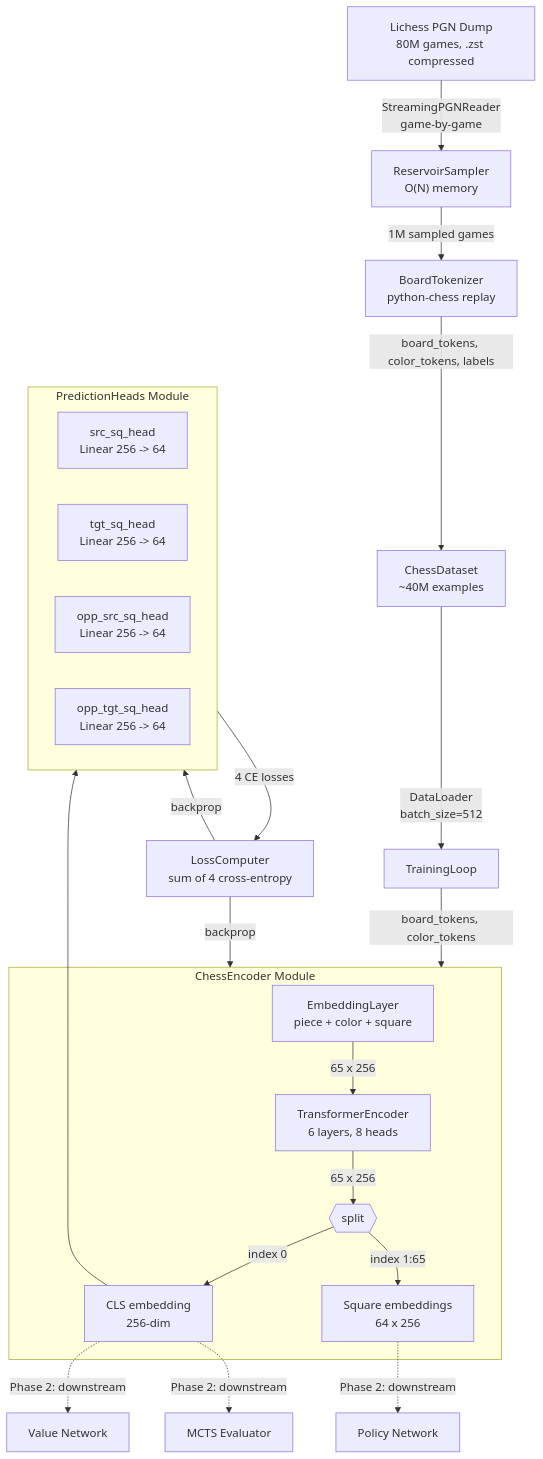
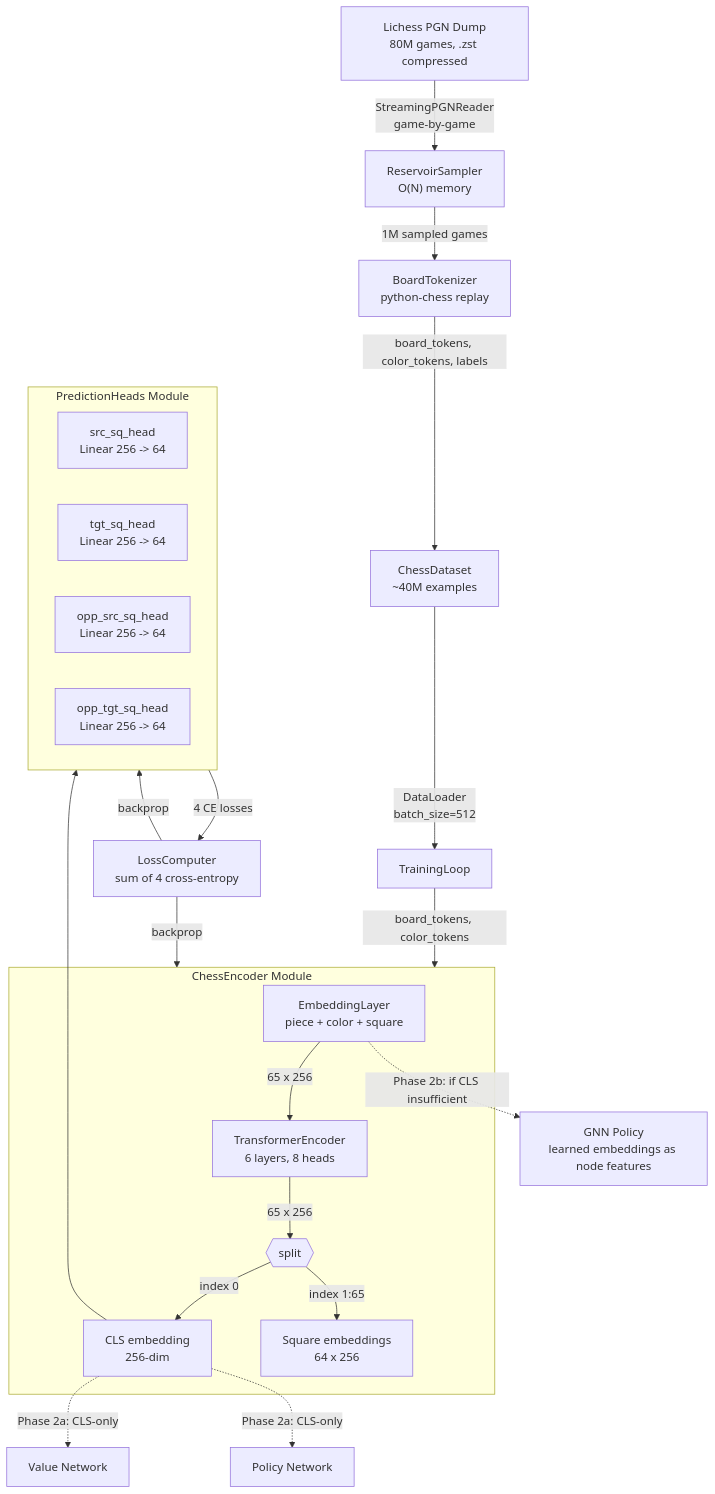
The first of 6 diagrams in chess_encoder_final_design.md (sombersomni/chess-policy-agent), drawn with Mermaid before and after one commit. The commit also changed other lines of this file, not shown here.

````diff
--- a/chess_encoder_final_design.md
+++ b/chess_encoder_final_design.md
@@ -30,33 +30,33 @@
 ```mermaid
 flowchart TD
     PGN["Lichess PGN Dump<br/>80M games, .zst compressed"] -->|"StreamingPGNReader<br/>game-by-game"| RS["ReservoirSampler<br/>O(N) memory"]
     RS -->|"1M sampled games"| REPLAY["BoardTokenizer<br/>python-chess replay"]
     REPLAY -->|"board_tokens, color_tokens, labels"| DS["ChessDataset<br/>~40M examples"]
     DS -->|"DataLoader<br/>batch_size=512"| TRAIN["TrainingLoop"]
 
     subgraph ENCODER["ChessEncoder Module"]
         EMB["EmbeddingLayer<br/>piece + color + square"] -->|"65 x 256"| TF["TransformerEncoder<br/>6 layers, 8 heads"]
         TF -->|"65 x 256"| SPLIT{{"split"}}
         SPLIT -->|"index 0"| CLS["CLS embedding<br/>256-dim"]
         SPLIT -->|"index 1:65"| SQ["Square embeddings<br/>64 x 256"]
     end
 
     TRAIN -->|"board_tokens, color_tokens"| ENCODER
 
     CLS --> HEADS["PredictionHeads"]
 
     subgraph HEADS["PredictionHeads Module"]
         H1["src_sq_head<br/>Linear 256 -> 64"]
         H2["tgt_sq_head<br/>Linear 256 -> 64"]
         H3["opp_src_sq_head<br/>Linear 256 -> 64"]
         H4["opp_tgt_sq_head<br/>Linear 256 -> 64"]
     end
 
     HEADS -->|"4 CE losses"| LOSS["LossComputer<br/>sum of 4 cross-entropy"]
     LOSS -->|"backprop"| ENCODER
     LOSS -->|"backprop"| HEADS
 
-    CLS -.->|"Phase 2: downstream"| VN["Value Network"]
-    SQ -.->|"Phase 2: downstream"| PN["Policy Network"]
-    CLS -.->|"Phase 2: downstream"| MCTS["MCTS Evaluator"]
+    CLS -.->|"Phase 2a: CLS-only"| VN["Value Network"]
+    CLS -.->|"Phase 2a: CLS-only"| PN["Policy Network"]
+    EMB -.->|"Phase 2b: if CLS insufficient"| GNN["GNN Policy<br/>learned embeddings as node features"]
 ```
````
